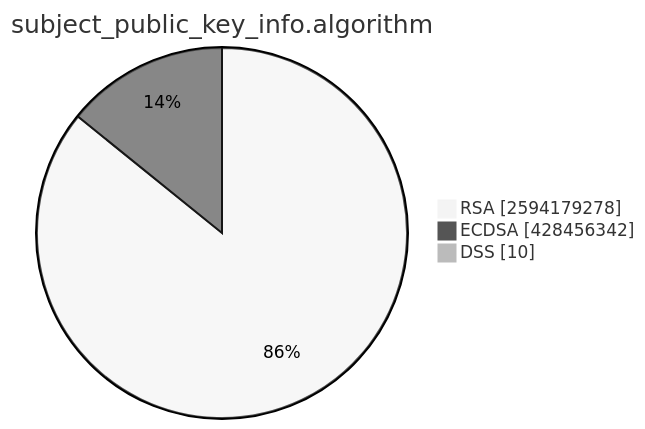
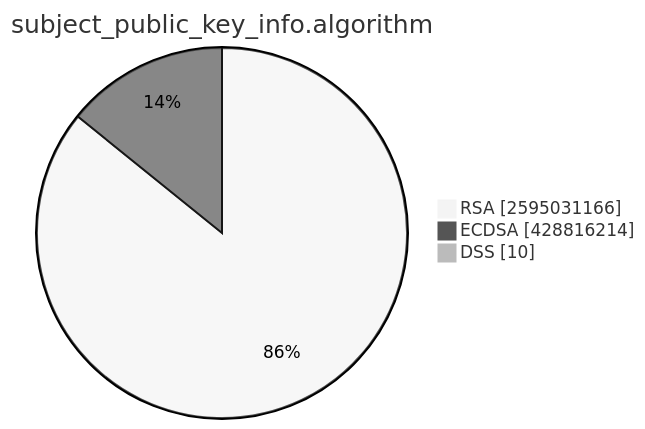
One commit to christiankrug/ctmonitor_visualization changed the second of 15 diagrams in TOTAL/README.md. Above: the diagram before and after it, drawn with Mermaid (neutral theme). The commit also changed other lines of this file, not shown here.

````diff
--- a/TOTAL/README.md
+++ b/TOTAL/README.md
@@ -6,7 +6,7 @@
 ```mermaid
 pie showData
 title subject_public_key_info.algorithm
-"RSA" :2594179278
-"ECDSA" :428456342
+"RSA" :2595031166
+"ECDSA" :428816214
 "DSS" :10
 ```
````
